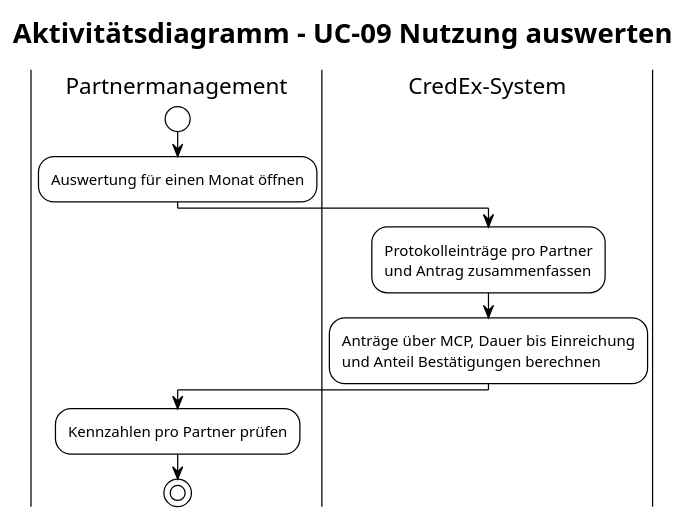
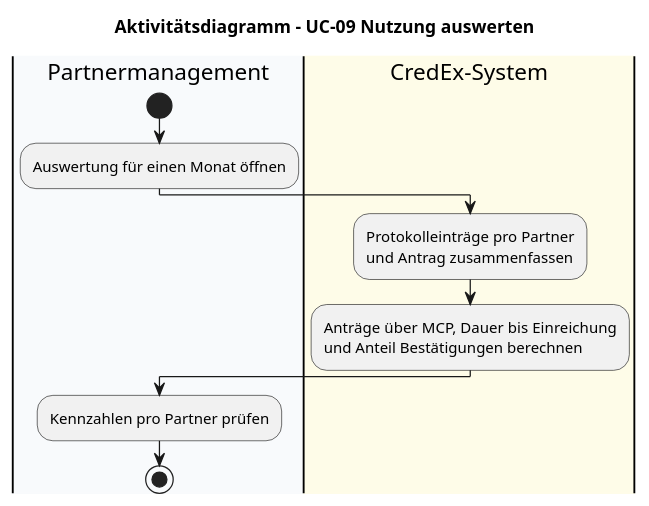
One commit to chocobear26/credex-cas changed the diagram in content/use_case/nutzung_auswerten/nutzungAuswerten.puml. Above: the diagram before and after it, drawn with PlantUML. The commit also changed 43 other files, not shown here.

First line of the commit message:
v1.1 Lesbarere Diagramme: PlantUML-Stil, Soll-Prozess als BPMN, Systemkontext in D2

```diff
--- a/content/use_case/nutzung_auswerten/nutzungAuswerten.puml
+++ b/content/use_case/nutzung_auswerten/nutzungAuswerten.puml
@@ -1,14 +1,13 @@
 @startuml nutzungAuswerten
-!theme plain
 title Aktivitätsdiagramm – UC-09 Nutzung auswerten
-|Partnermanagement|
+|#F8FAFC|Partnermanagement|
 start
 :Auswertung für einen Monat öffnen;
-|CredEx-System|
+|#FEFCE8|CredEx-System|
 :Protokolleinträge pro Partner\nund Antrag zusammenfassen;
 :Anträge über MCP, Dauer bis Einreichung\nund Anteil Bestätigungen berechnen;
 |Partnermanagement|
 :Kennzahlen pro Partner prüfen;
 stop
 
 @enduml
```
